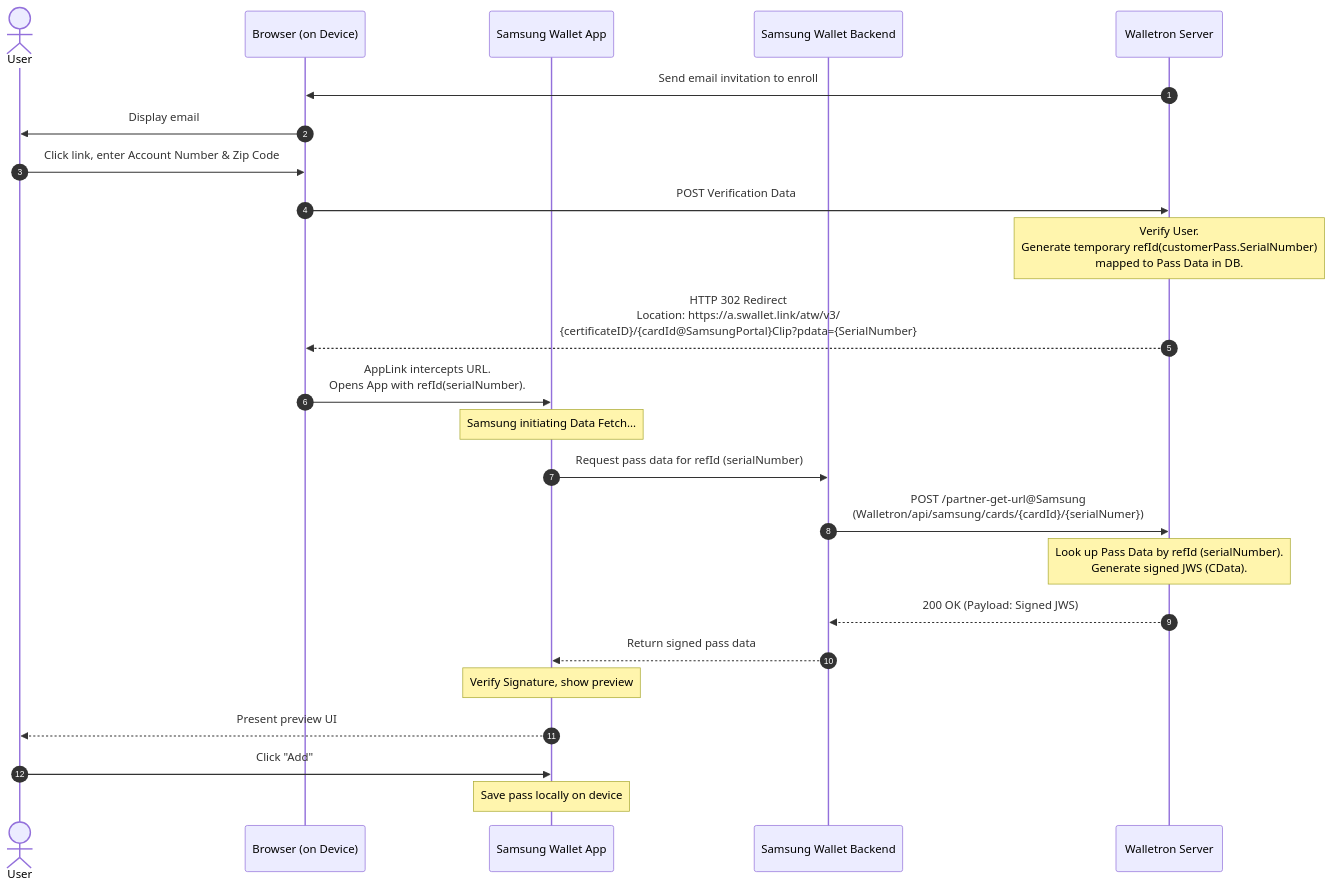
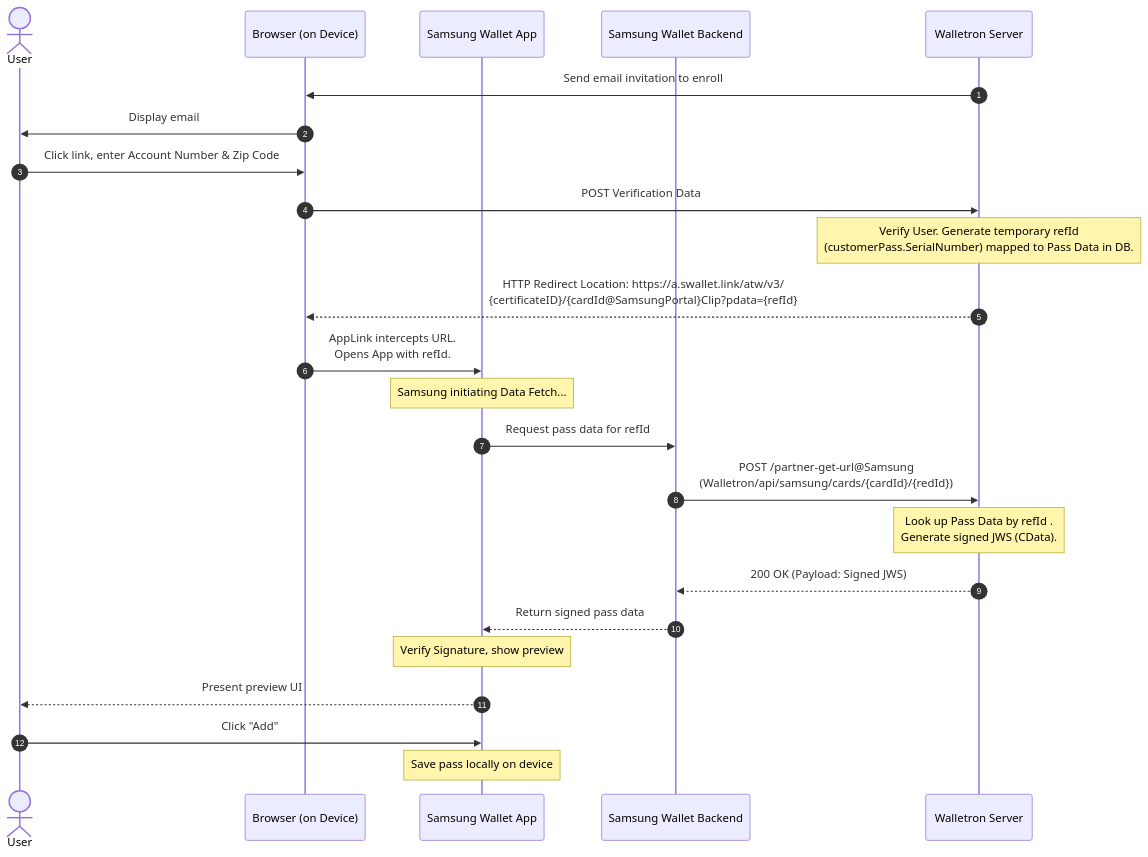
Before and after one commit to SandeepHooda/sequence-diagrams-uml: the diagram in SamsungPass.md, drawn with Mermaid.

Commit message:
Update SamsungPass.md for refId usage

````diff
--- a/SamsungPass.md
+++ b/SamsungPass.md
@@ -1,38 +1,38 @@
 ```mermaid
 sequenceDiagram
     autonumber
     actor User
     participant Browser as Browser (on Device)
     participant SamsungApp as Samsung Wallet App
     participant SamsungBack as Samsung Wallet Backend
     participant Walletron as Walletron Server
 
     %% Steps 1 & 2: User Verification (Same as before)
     Walletron->>Browser: Send email invitation to enroll
     Browser->>User: Display email
     User->>Browser: Click link, enter Account Number & Zip Code
     Browser->>Walletron: POST Verification Data
 
     %% Step 3: Reference Token Generation
-    Note over Walletron: Verify User.<br/>Generate temporary refId(customerPass.SerialNumber) <br/> mapped to Pass Data in DB.
+    Note over Walletron: Verify User. Generate temporary refId <br/> (customerPass.SerialNumber) mapped to Pass Data in DB.
 
-    %% Step 4: Redirect with serialNumber
-    Walletron-->>Browser: HTTP 302 Redirect<br/>Location: https://a.swallet.link/atw/v3/<br/>{certificateID}/{cardId@SamsungPortal}Clip?pdata={SerialNumber}
+    %% Step 4: Redirect with refId
+    Walletron-->>Browser: HTTP Redirect Location: https://a.swallet.link/atw/v3/<br/>{certificateID}/{cardId@SamsungPortal}Clip?pdata={refId}
 
     %% Step 5: AppLink Intercept
-    Browser->>SamsungApp: AppLink intercepts URL.<br/>Opens App with refId(serialNumber).
+    Browser->>SamsungApp: AppLink intercepts URL.<br/>Opens App with refId.
 
     %% Step 6: The Data Fetch (Server-to-Server)
     Note over SamsungApp: Samsung initiating Data Fetch...
-    SamsungApp->>SamsungBack: Request pass data for refId (serialNumber)
-    SamsungBack->>Walletron: POST /partner-get-url@Samsung <br/>(Walletron/api/samsung/cards/{cardId}/{serialNumer})
-    Note over Walletron: Look up Pass Data by refId (serialNumber).<br/>Generate signed JWS (CData).
+    SamsungApp->>SamsungBack: Request pass data for refId
+    SamsungBack->>Walletron: POST /partner-get-url@Samsung <br/>(Walletron/api/samsung/cards/{cardId}/{redId})
+    Note over Walletron: Look up Pass Data by refId .<br/>Generate signed JWS (CData).
     Walletron-->>SamsungBack: 200 OK (Payload: Signed JWS)
     SamsungBack-->>SamsungApp: Return signed pass data
 
     %% Step 7: Save to Wallet
     Note over SamsungApp: Verify Signature, show preview
     SamsungApp-->>User: Present preview UI
     User->>SamsungApp: Click "Add"
     Note over SamsungApp: Save pass locally on device
 ```
````
